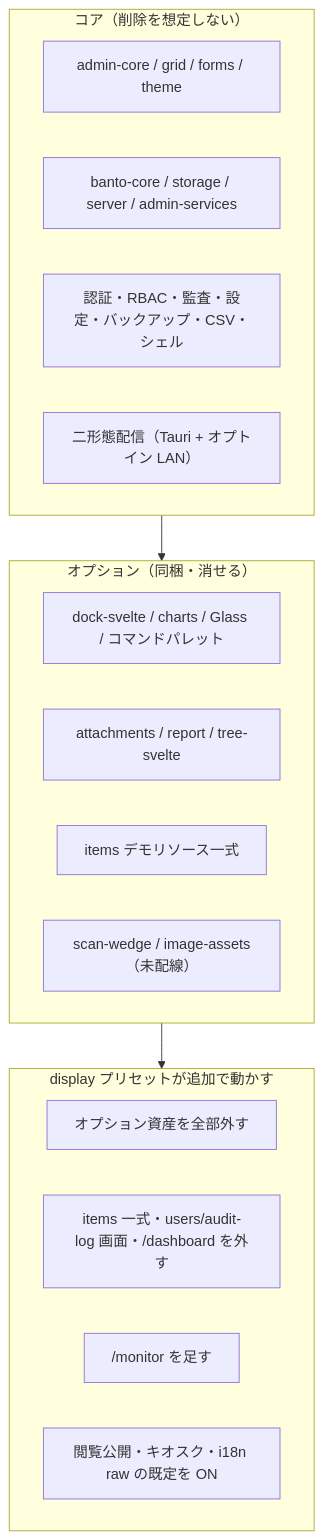
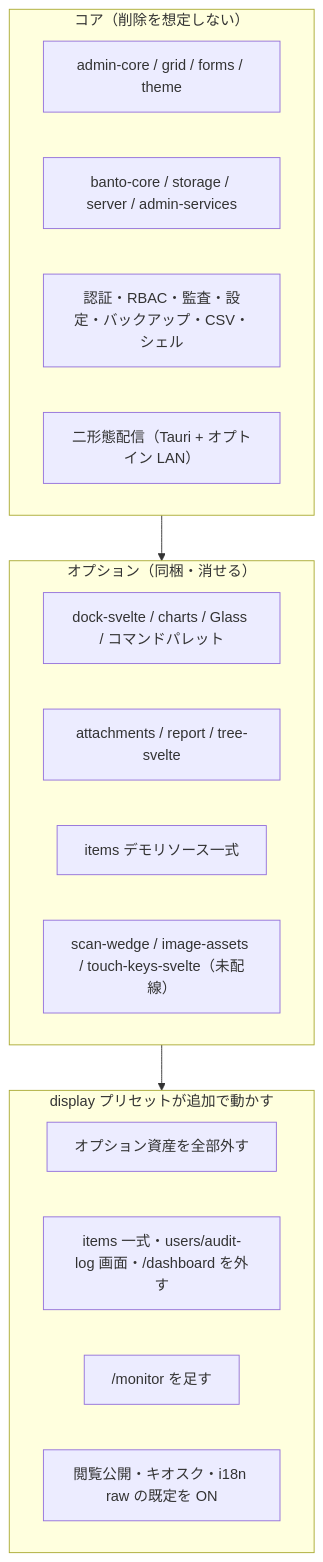
One commit to tyaro/banto changed the fourth of 7 diagrams in docs/architecture-overview.md. Above: the diagram before and after it, drawn with Mermaid. The commit also changed other lines of this file and 23 other files, not shown here.

Commit message:
feat(touch-keys-svelte): パッケージの新設と数値の純粋な関数・NumberKeypad の表示（#937 T1）

````diff
--- a/docs/architecture-overview.md
+++ b/docs/architecture-overview.md
@@ -164,26 +164,26 @@
 ```mermaid
 flowchart TB
   subgraph core["コア（削除を想定しない）"]
     C1["admin-core / grid / forms / theme"]
     C2["banto-core / storage / server / admin-services"]
     C3["認証・RBAC・監査・設定・バックアップ・CSV・シェル"]
     C4["二形態配信（Tauri + オプトイン LAN）"]
   end
 
   subgraph opt["オプション（同梱・消せる）"]
     O1["dock-svelte / charts / Glass / コマンドパレット"]
     O2["attachments / report / tree-svelte"]
     O3["items デモリソース一式"]
-    O4["scan-wedge / image-assets（未配線）"]
+    O4["scan-wedge / image-assets / touch-keys-svelte（未配線）"]
   end
 
   subgraph display["display プリセットが追加で動かす"]
     D1["オプション資産を全部外す"]
     D2["items 一式・users/audit-log 画面・/dashboard を外す"]
     D3["/monitor を足す"]
     D4["閲覧公開・キオスク・i18n raw の既定を ON"]
   end
 
   core --> opt
   opt --> display
 ```
````
